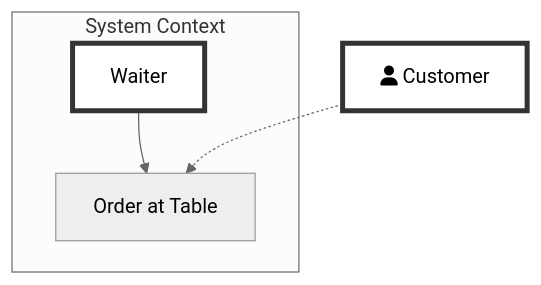
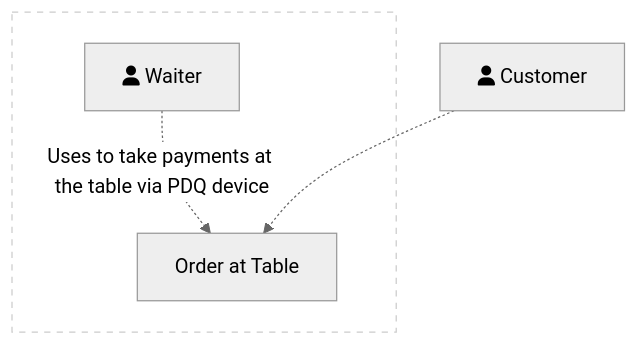
Before and after one commit to anandakumarpalanisamy/css-recipes: the fourth of 4 diagrams in README.md, drawn with Mermaid (neutral theme).

````diff
--- a/README.md
+++ b/README.md
@@ -139,10 +139,10 @@
 ```mermaid
 graph TB
-    subgraph System Context
-    Waiter --> OAT[Order at Table]
-    style Waiter fill:#fff,stroke:#333,stroke-width:4px
-    style Customer fill:#fff,stroke:#333,stroke-width:4px
+    subgraph SystemContext [OAT System Context]
+    style SystemContext fill:#fff,stroke:#ccc,stroke-width:1px,color:#fff,stroke-dasharray: 5 5
+    Waiter[fa:fa-user Waiter] -. Uses to take payments at the table via PDQ device .-> OAT[Order at Table]
+
     end
 
     Customer[fa:fa-user Customer] .-> OAT
 ```
````
